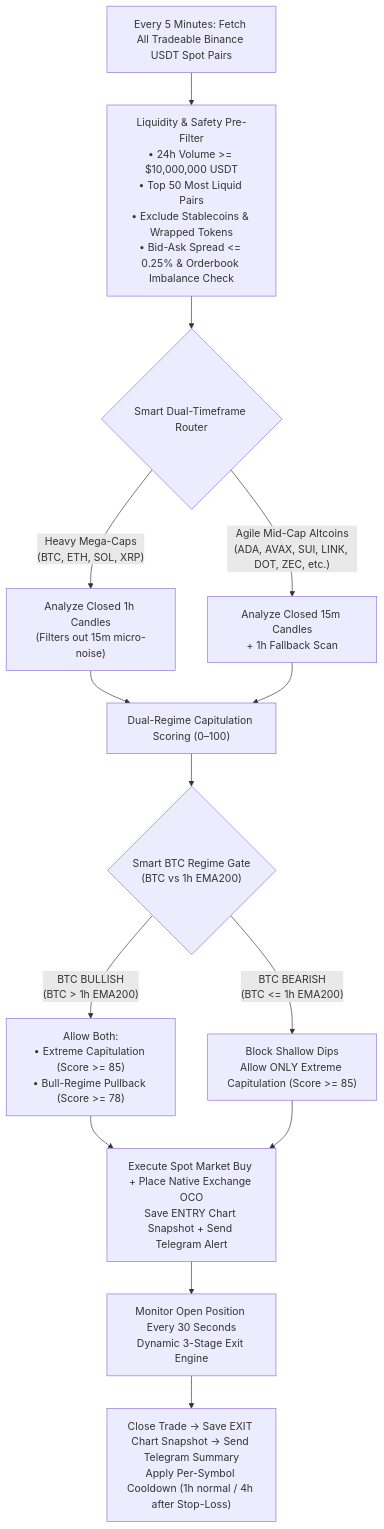
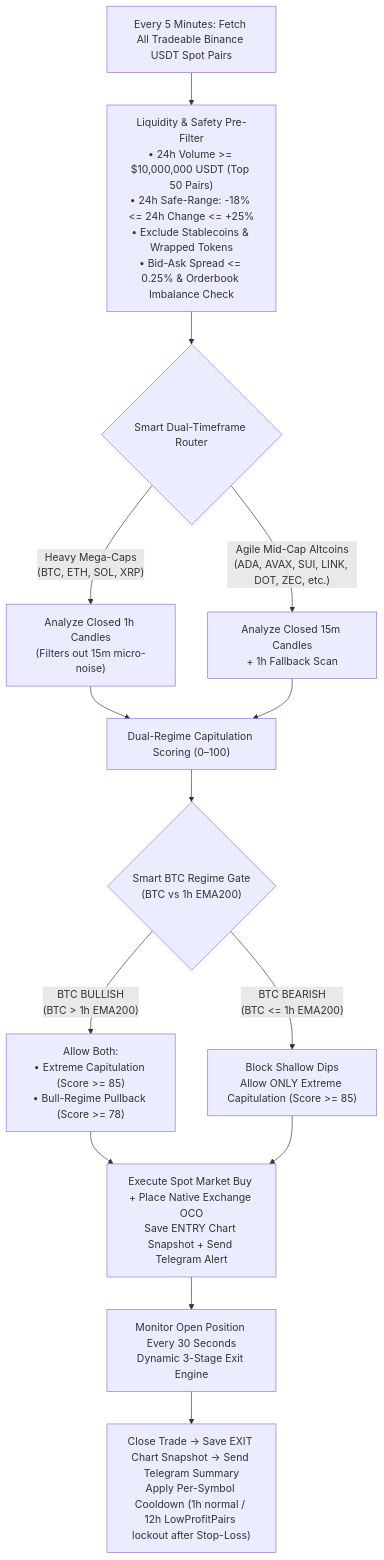
One commit to lrk37/CryptoBot changed the diagram in README.md. Above: the diagram before and after it, drawn with Mermaid. The commit also changed other lines of this file and 5 other files, not shown here.

Commit message:
Add Freqtrade-inspired 24h safe-dump guard, time-decaying EMA21 profit-take, and 12h stop-loss symbol lockout (14/15 coins profitable, 84.5% WR, PF 3.05)

````diff
--- a/README.md
+++ b/README.md
@@ -9,16 +9,16 @@
 ```mermaid
 flowchart TD
-    A["Every 5 Minutes: Fetch All Tradeable Binance USDT Spot Pairs"] --> B["Liquidity & Safety Pre-Filter\n• 24h Volume >= $10,000,000 USDT\n• Top 50 Most Liquid Pairs\n• Exclude Stablecoins & Wrapped Tokens\n• Bid-Ask Spread <= 0.25% & Orderbook Imbalance Check"]
+    A["Every 5 Minutes: Fetch All Tradeable Binance USDT Spot Pairs"] --> B["Liquidity & Safety Pre-Filter\n• 24h Volume >= $10,000,000 USDT (Top 50 Pairs)\n• 24h Safe-Range: -18% <= 24h Change <= +25%\n• Exclude Stablecoins & Wrapped Tokens\n• Bid-Ask Spread <= 0.25% & Orderbook Imbalance Check"]
     B --> C{"Smart Dual-Timeframe Router"}
     C -->|"Heavy Mega-Caps\n(BTC, ETH, SOL, XRP)"| D["Analyze Closed 1h Candles\n(Filters out 15m micro-noise)"]
     C -->|"Agile Mid-Cap Altcoins\n(ADA, AVAX, SUI, LINK, DOT, ZEC, etc.)"| E["Analyze Closed 15m Candles\n+ 1h Fallback Scan"]
     D --> F["Dual-Regime Capitulation Scoring (0–100)"]
     E --> F
     F --> G{"Smart BTC Regime Gate\n(BTC vs 1h EMA200)"}
     G -->|"BTC BULLISH\n(BTC > 1h EMA200)"| H["Allow Both:\n• Extreme Capitulation (Score >= 85)\n• Bull-Regime Pullback (Score >= 78)"]
     G -->|"BTC BEARISH\n(BTC <= 1h EMA200)"| I["Block Shallow Dips\nAllow ONLY Extreme Capitulation (Score >= 85)"]
     H --> J["Execute Spot Market Buy + Place Native Exchange OCO\nSave ENTRY Chart Snapshot + Send Telegram Alert"]
     I --> J
     J --> K["Monitor Open Position Every 30 Seconds\nDynamic 3-Stage Exit Engine"]
-    K --> L["Close Trade -> Save EXIT Chart Snapshot -> Send Telegram Summary\nApply Per-Symbol Cooldown (1h normal / 4h after Stop-Loss)"]
+    K --> L["Close Trade -> Save EXIT Chart Snapshot -> Send Telegram Summary\nApply Per-Symbol Cooldown (1h normal / 12h LowProfitPairs lockout after Stop-Loss)"]
 ```
````
